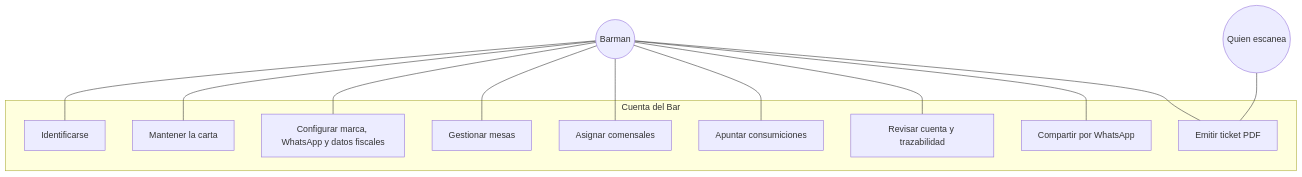
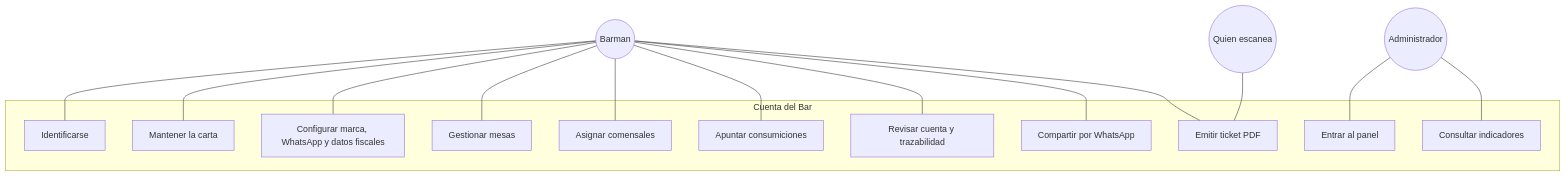
Before and after one commit to gracobjo/bar: the first of 9 diagrams in docs/diagramas-uml.md, drawn with Mermaid. The commit also changed other lines of this file and 9 other files, not shown here.

Commit message:
Añade el panel de indicadores del administrador y documenta el acceso.

````diff
--- a/docs/diagramas-uml.md
+++ b/docs/diagramas-uml.md
@@ -7,26 +7,31 @@
 ```mermaid
 flowchart TB
   barman((Barman))
+  admin((Administrador))
   lector((Quien escanea))
   subgraph sistema [Cuenta del Bar]
     id[Identificarse]
     carta[Mantener la carta]
     cfg[Configurar marca, WhatsApp y datos fiscales]
     mesas[Gestionar mesas]
     gente[Asignar comensales]
     pedido[Apuntar consumiciones]
     cuenta[Revisar cuenta y trazabilidad]
     wa[Compartir por WhatsApp]
     pdf[Emitir ticket PDF]
+    acceso[Entrar al panel]
+    kpis[Consultar indicadores]
   end
   barman --- id
   barman --- carta
   barman --- cfg
   barman --- mesas
   barman --- gente
   barman --- pedido
   barman --- cuenta
   barman --- wa
   barman --- pdf
+  admin --- acceso
+  admin --- kpis
   lector --- pdf
 ```
````
